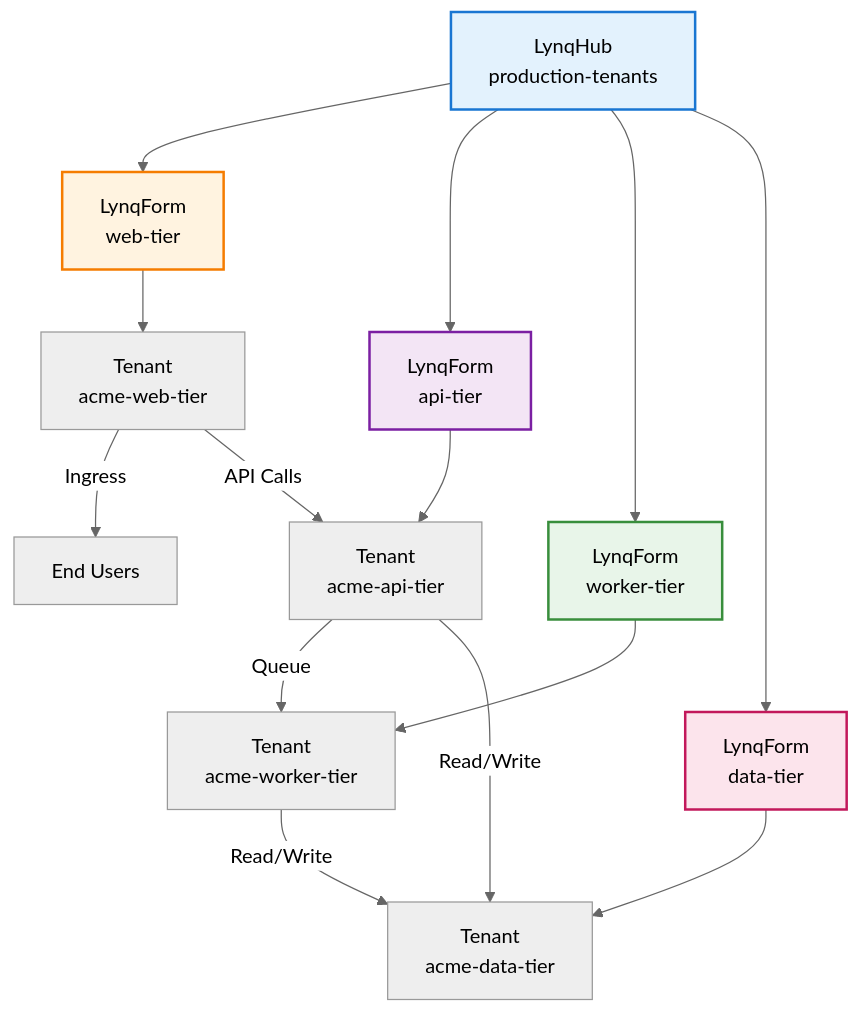
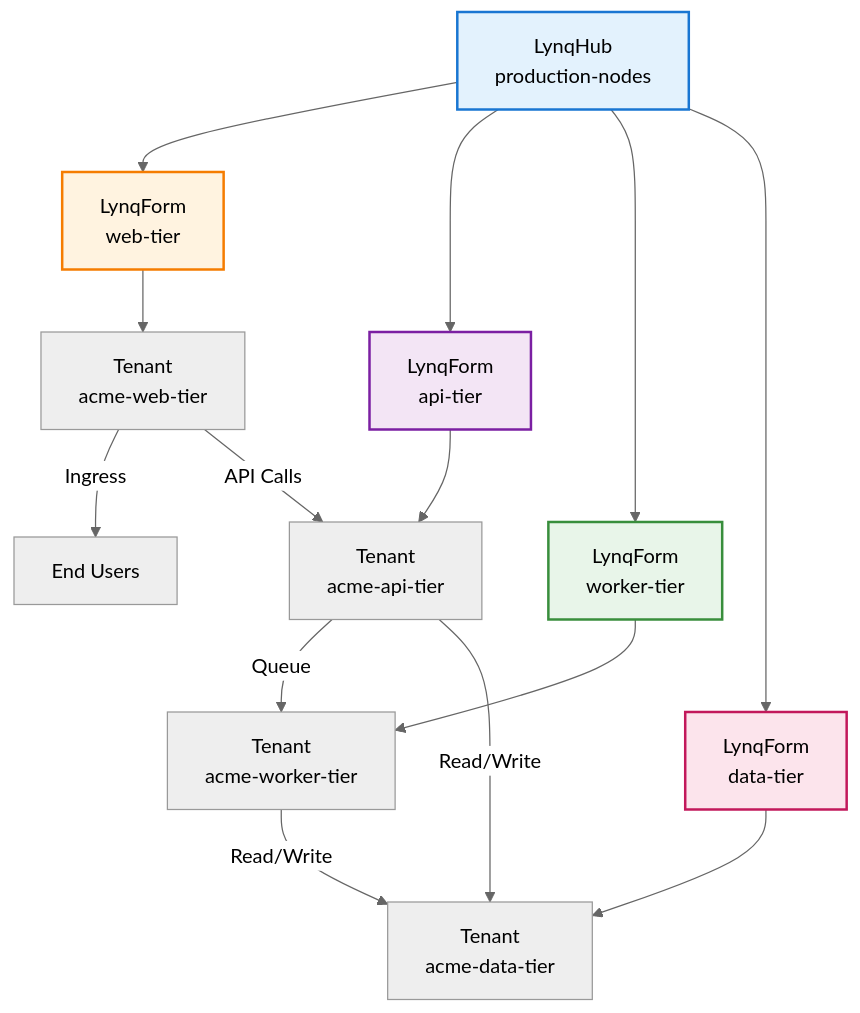
Before and after one commit to kubernetes-tenants/tenant-operator: the diagram in docs/use-case-multi-tier.md, drawn with Mermaid (neutral theme).

````diff
--- a/docs/use-case-multi-tier.md
+++ b/docs/use-case-multi-tier.md
@@ -9,36 +9,36 @@
 ```mermaid
 graph TB
-    Registry["LynqHub<br/>production-tenants"]
+    Registry["LynqHub<br/>production-nodes"]
 
     WebTemplate["LynqForm<br/>web-tier"]
     ApiTemplate["LynqForm<br/>api-tier"]
     WorkerTemplate["LynqForm<br/>worker-tier"]
     DataTemplate["LynqForm<br/>data-tier"]
 
     WebTenant["Tenant<br/>acme-web-tier"]
     ApiTenant["Tenant<br/>acme-api-tier"]
     WorkerTenant["Tenant<br/>acme-worker-tier"]
     DataTenant["Tenant<br/>acme-data-tier"]
 
     Registry --> WebTemplate
     Registry --> ApiTemplate
     Registry --> WorkerTemplate
     Registry --> DataTemplate
 
     WebTemplate --> WebTenant
     ApiTemplate --> ApiTenant
     WorkerTemplate --> WorkerTenant
     DataTemplate --> DataTenant
 
     WebTenant -->|Ingress| Users[End Users]
     WebTenant -->|API Calls| ApiTenant
     ApiTenant -->|Queue| WorkerTenant
     ApiTenant -->|Read/Write| DataTenant
     WorkerTenant -->|Read/Write| DataTenant
 
     style Registry fill:#e3f2fd,stroke:#1976d2,stroke-width:2px
     style WebTemplate fill:#fff3e0,stroke:#f57c00,stroke-width:2px
     style ApiTemplate fill:#f3e5f5,stroke:#7b1fa2,stroke-width:2px
     style WorkerTemplate fill:#e8f5e9,stroke:#388e3c,stroke-width:2px
     style DataTemplate fill:#fce4ec,stroke:#c2185b,stroke-width:2px
 ```
````
